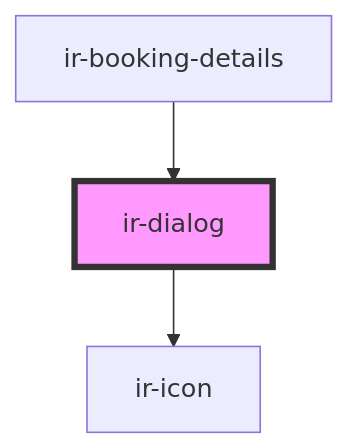
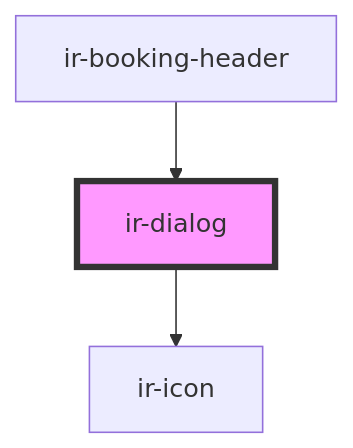
The diagram in src/components/ir-dialog/readme.md (David1Chowaifaty/modified-ir-webcmp), drawn with Mermaid before and after one commit. The commit also changed other lines of this file and 19 other files, not shown here.

````diff
--- a/src/components/ir-dialog/readme.md
+++ b/src/components/ir-dialog/readme.md
@@ -56,6 +56,6 @@
 ```mermaid
 graph TD;
   ir-dialog --> ir-icon
-  ir-booking-details --> ir-dialog
+  ir-booking-header --> ir-dialog
   style ir-dialog fill:#f9f,stroke:#333,stroke-width:4px
 ```
````
